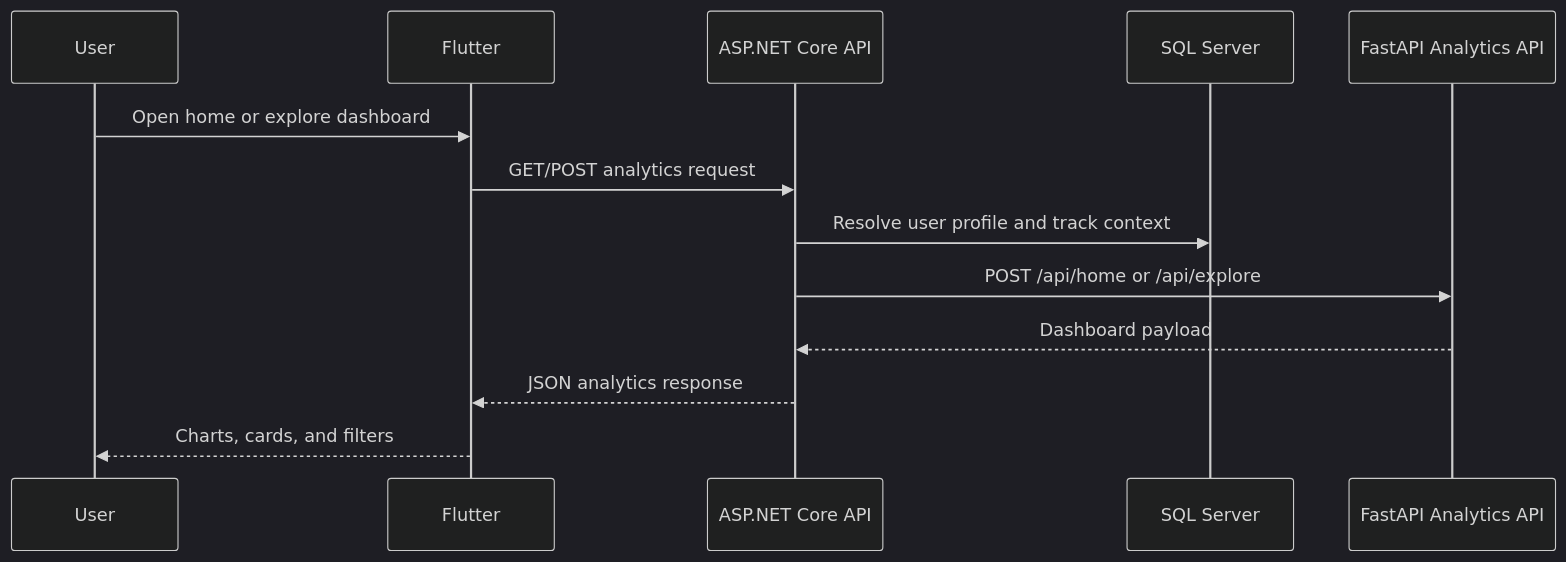
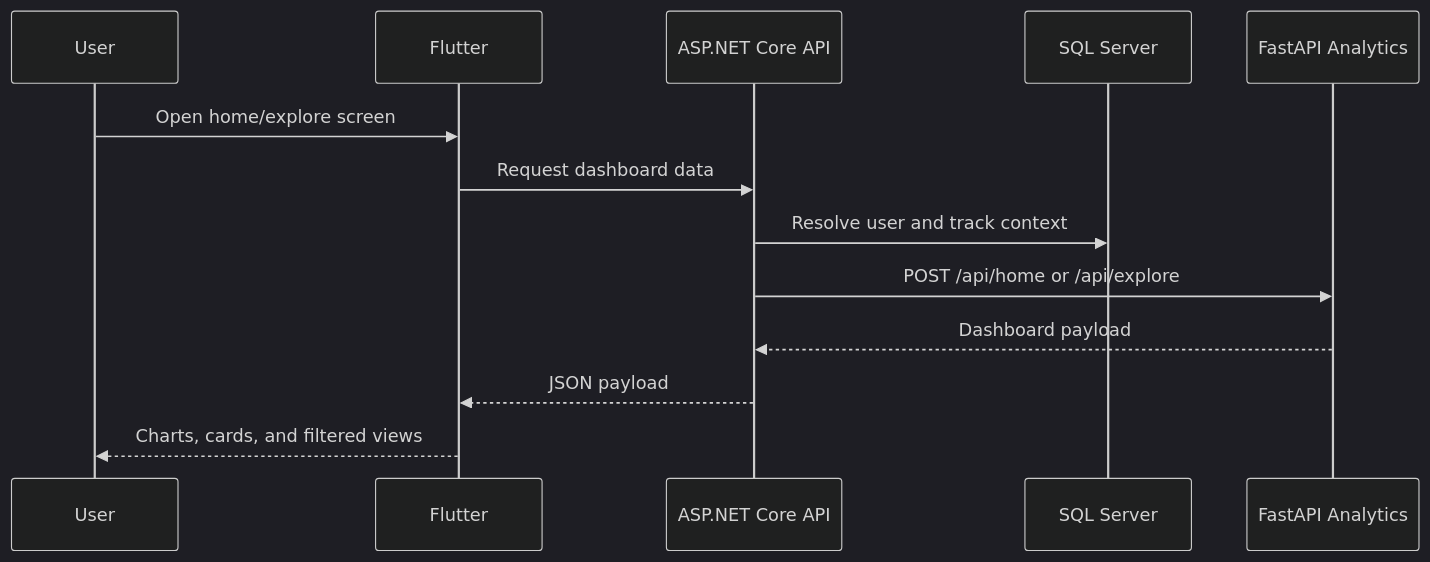
One commit to InsightHubapp/InsightHub changed the fourth of 5 diagrams in README.md. Above: the diagram before and after it, drawn with Mermaid (dark theme). The commit also changed other lines of this file and 1 other file, not shown here.

````diff
--- a/README.md
+++ b/README.md
@@ -420,16 +440,16 @@
 ```mermaid
 sequenceDiagram
     participant User
     participant Flutter
     participant API as ASP.NET Core API
     participant DB as SQL Server
-    participant Analytics as FastAPI Analytics API
+    participant Analytics as FastAPI Analytics
 
-    User->>Flutter: Open home or explore dashboard
-    Flutter->>API: GET/POST analytics request
-    API->>DB: Resolve user profile and track context
+    User->>Flutter: Open home/explore screen
+    Flutter->>API: Request dashboard data
+    API->>DB: Resolve user and track context
     API->>Analytics: POST /api/home or /api/explore
     Analytics-->>API: Dashboard payload
-    API-->>Flutter: JSON analytics response
-    Flutter-->>User: Charts, cards, and filters
+    API-->>Flutter: JSON payload
+    Flutter-->>User: Charts, cards, and filtered views
 ```
````
